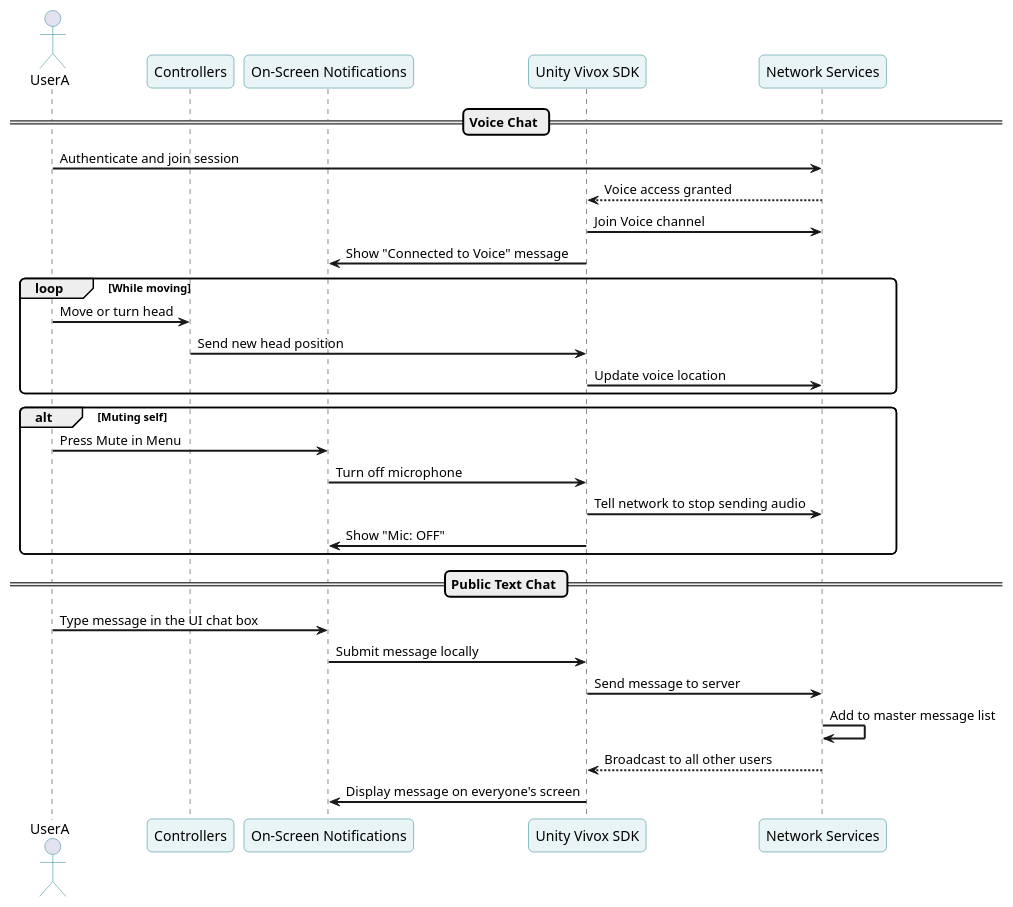
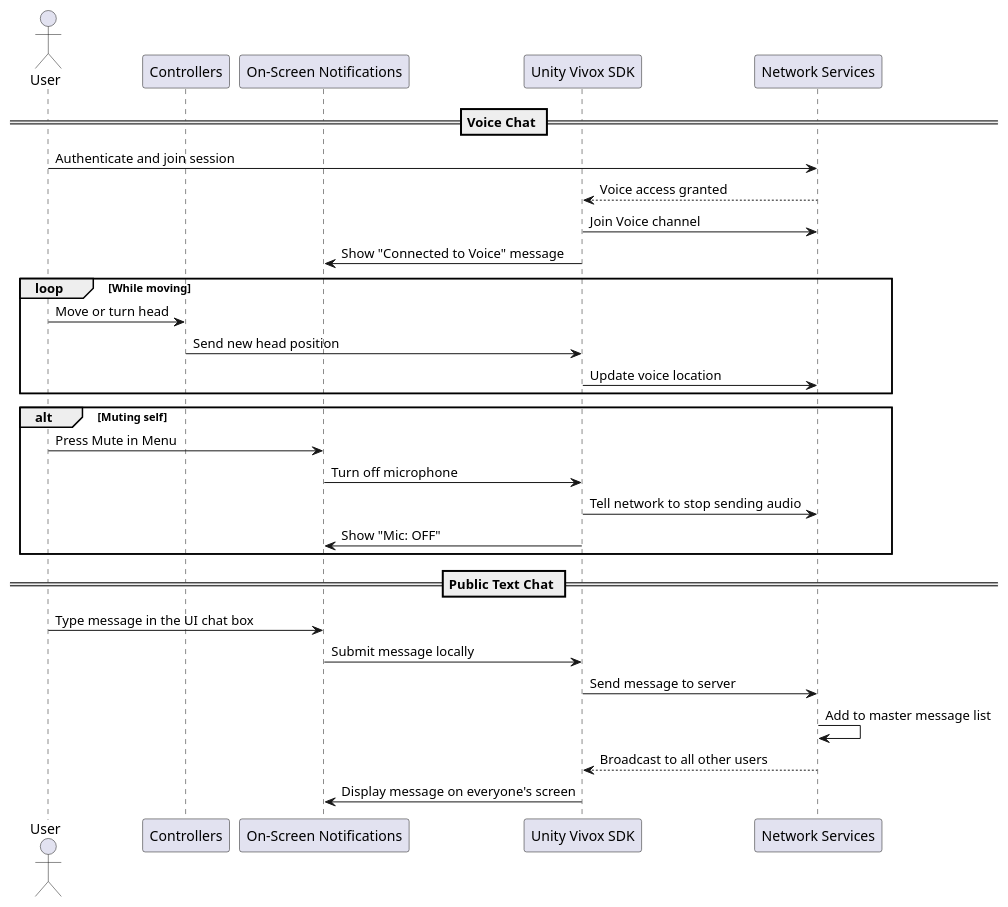
One commit to World-Domination-Plan/Project_X changed the diagram in uml/sequence diagrams/use_cases/Communicate/uml.puml. Above: the diagram before and after it, drawn with PlantUML.

Commit message:
Update uml.puml
stylistic changes

```diff
--- a/uml/sequence diagrams/use_cases/Communicate/uml.puml
+++ b/uml/sequence diagrams/use_cases/Communicate/uml.puml
@@ -1,47 +1,39 @@
 @startuml
-skinparam sequenceArrowThickness 2
-skinparam roundcorner 10
-skinparam sequenceParticipantBorderColor #21808D
-skinparam sequenceParticipantBackgroundColor #e8f4f5
-skinparam actorBorderColor #21808D
-skinparam noteBackgroundColor #fffde7
-skinparam noteBorderColor #e0c000
-
-actor UserA
+actor User
 
 participant "Controllers" as Input
 participant "On-Screen Notifications" as HUD
 participant "Unity Vivox SDK" as CCM
 participant "Network Services" as NM
 
 
 == Voice Chat ==
 
-UserA -> NM : Authenticate and join session
+User -> NM : Authenticate and join session
 NM --> CCM : Voice access granted
 CCM -> NM : Join Voice channel
 CCM -> HUD : Show "Connected to Voice" message
 
 loop While moving
-    UserA -> Input : Move or turn head
+    User -> Input : Move or turn head
     Input -> CCM : Send new head position
     CCM -> NM : Update voice location
 end
 
 alt Muting self
-    UserA -> HUD : Press Mute in Menu
+    User -> HUD : Press Mute in Menu
     HUD -> CCM : Turn off microphone
     CCM -> NM : Tell network to stop sending audio
     CCM -> HUD : Show "Mic: OFF"
 
 end
 
 == Public Text Chat ==
 
-UserA -> HUD : Type message in the UI chat box
+User -> HUD : Type message in the UI chat box
 HUD -> CCM : Submit message locally
 CCM -> NM : Send message to server
 NM -> NM : Add to master message list
 NM --> CCM : Broadcast to all other users
 CCM -> HUD : Display message on everyone's screen
 @enduml
```
